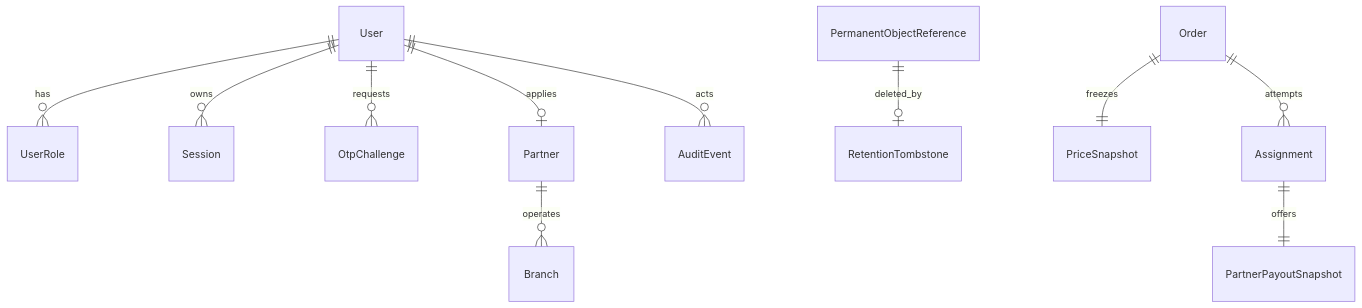
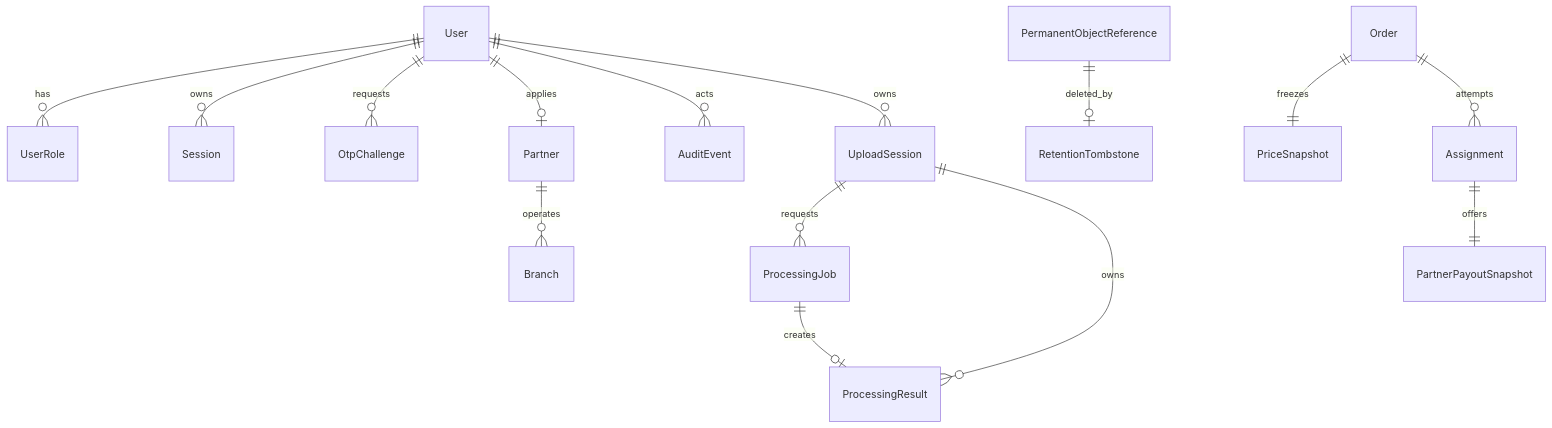
The second of 2 diagrams in docs/ARCHITECTURE.md (agata-flowers/agat-print), drawn with Mermaid before and after one commit. The commit also changed other lines of this file and 7 other files, not shown here.

````diff
--- a/docs/ARCHITECTURE.md
+++ b/docs/ARCHITECTURE.md
@@ -32,13 +45,17 @@
 ```mermaid
 erDiagram
   User ||--o{ UserRole : has
   User ||--o{ Session : owns
   User ||--o{ OtpChallenge : requests
   User ||--o| Partner : applies
   Partner ||--o{ Branch : operates
   User ||--o{ AuditEvent : acts
   PermanentObjectReference ||--o| RetentionTombstone : deleted_by
+  User ||--o{ UploadSession : owns
+  UploadSession ||--o{ ProcessingJob : requests
+  ProcessingJob ||--o| ProcessingResult : creates
+  UploadSession ||--o{ ProcessingResult : owns
   Order ||--|| PriceSnapshot : freezes
   Order ||--o{ Assignment : attempts
   Assignment ||--|| PartnerPayoutSnapshot : offers
 ```
````
